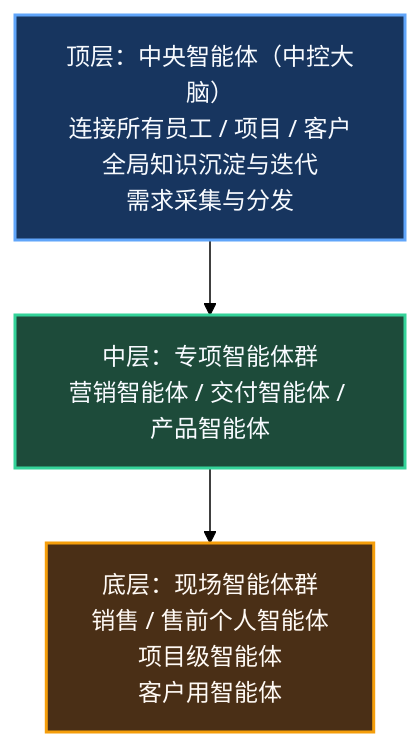
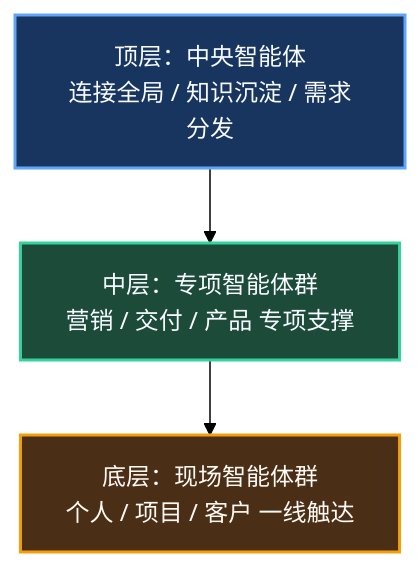
One commit to dony-hu/jerry-notes changed the first of 3 diagrams in posts/future-organization-and-operating-model-2026-03-23.md. Above: the diagram before and after it, drawn with Mermaid (forest theme).

Commit message:
style: simplify top mermaid labels in future org post

````diff
--- a/posts/future-organization-and-operating-model-2026-03-23.md
+++ b/posts/future-organization-and-operating-model-2026-03-23.md
@@ -18,16 +18,16 @@
 ```mermaid
 flowchart TB
-    A["顶层：中央智能体（中控大脑）<br/>连接所有员工 / 项目 / 客户<br/>全局知识沉淀与迭代<br/>需求采集与分发"]
-    B["中层：专项智能体群<br/>营销智能体 / 交付智能体 / 产品智能体"]
-    C["底层：现场智能体群<br/>销售 / 售前个人智能体<br/>项目级智能体<br/>客户用智能体"]
+    A["顶层：中央智能体<br/>连接全局 / 知识沉淀 / 需求分发"]
+    B["中层：专项智能体群<br/>营销 / 交付 / 产品 专项支撑"]
+    C["底层：现场智能体群<br/>个人 / 项目 / 客户 一线触达"]
 
     A --> B --> C
 
     classDef top fill:#17355f,stroke:#60a5fa,color:#f8fbff,stroke-width:2px;
     classDef middle fill:#1d4b3a,stroke:#34d399,color:#f8fbff,stroke-width:2px;
     classDef bottom fill:#4a2f16,stroke:#f59e0b,color:#fffaf5,stroke-width:2px;
 
     class A top;
     class B middle;
     class C bottom;
 ```
````
